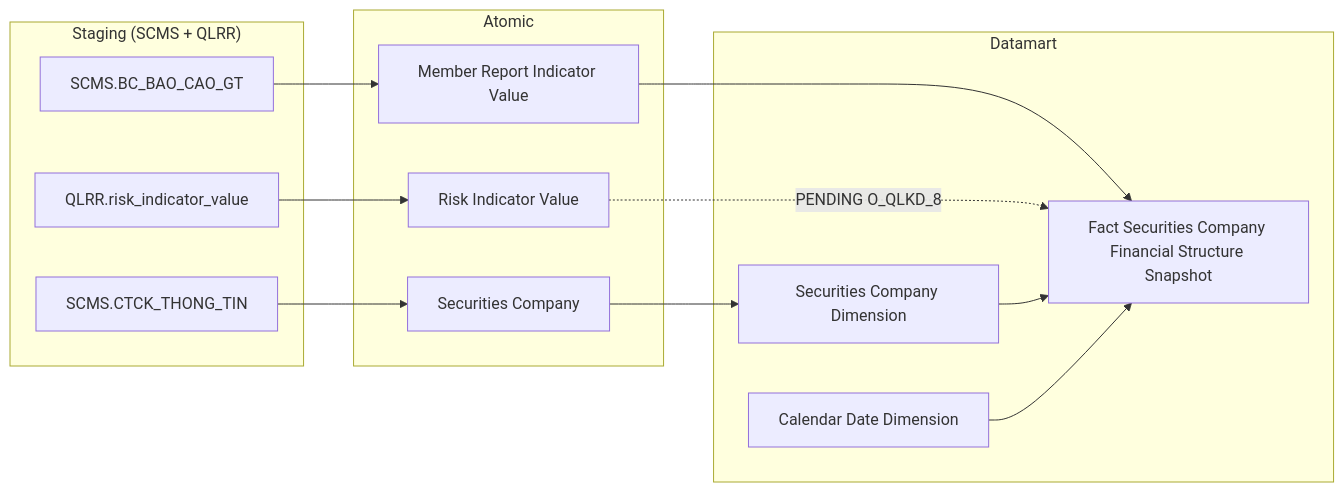
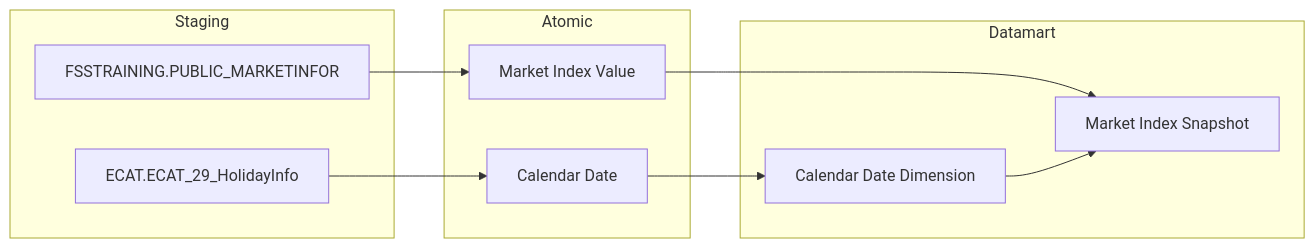
The eighth of 40 diagrams in Datamart/hld/DTM_QLKD_HLD.md (linhlvit/ubck_atomic_design), drawn with Mermaid before and after one commit. The commit also changed other lines of this file and 7 other files, not shown here.

````diff
--- a/Datamart/hld/DTM_QLKD_HLD.md
+++ b/Datamart/hld/DTM_QLKD_HLD.md
@@ -276,31 +308,25 @@
 ```mermaid
 flowchart LR
-    subgraph SRC["Staging (SCMS + QLRR)"]
-        S1["SCMS.BC_BAO_CAO_GT"]
-        S2["SCMS.CTCK_THONG_TIN"]
-        S3["QLRR.risk_indicator_value"]
+    subgraph SRC["Staging"]
+        S1["FSSTRAINING.PUBLIC_MARKETINFOR"]
+        ECAT_ECAT_29_HolidayInfo["ECAT.ECAT_29_HolidayInfo"]
     end
 
     subgraph SIL["Atomic"]
-        SV1["Member Report Indicator Value"]
-        SV2["Securities Company"]
-        SV3["Risk Indicator Value"]
+        SV1["Market Index Value"]
+        Calendar_Date["Calendar Date"]
     end
 
     subgraph Datamart["Datamart"]
-        G1["Fact Securities Company Financial Structure Snapshot"]
-        G2["Securities Company Dimension"]
-        G3["Calendar Date Dimension"]
+        G1["Market Index Snapshot"]
+        G2["Calendar Date Dimension"]
     end
 
     S1 --> SV1
-    S2 --> SV2
-    S3 --> SV3
+    ECAT_ECAT_29_HolidayInfo --> Calendar_Date
 
     SV1 --> G1
-    SV2 --> G2
-    SV3 -.->|PENDING O_QLKD_8| G1
+    Calendar_Date --> G2
 
     G2 --> G1
-    G3 --> G1
 ```
````
